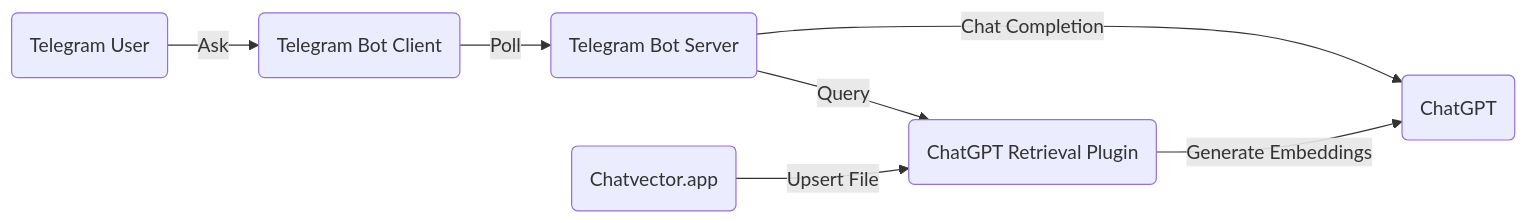
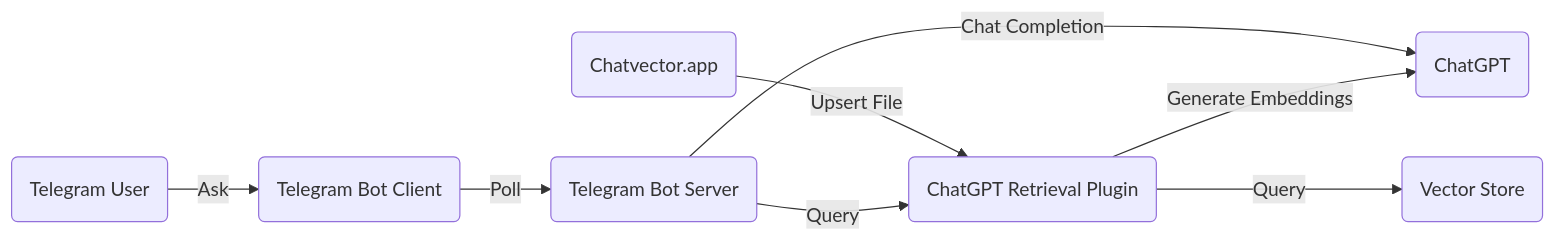
One commit to doanhaivu/chatgpt_telegram_bot changed the diagram in architecture.md. Above: the diagram before and after it, drawn with Mermaid.

````diff
--- a/architecture.md
+++ b/architecture.md
@@ -1,10 +1,11 @@
 ```mermaid
 
 flowchart LR
     J(Telegram User) --> |Ask| A(Telegram Bot Client)
     A -->|Poll| B(Telegram Bot Server)
     B -->|Query| C(ChatGPT Retrieval Plugin)
     C -->|Generate Embeddings| D(ChatGPT)
     B -->|Chat Completion| D(ChatGPT)
+    C -->|Query| E(Vector Store)
     F(Chatvector.app) -->|Upsert File| C
 ```
````
